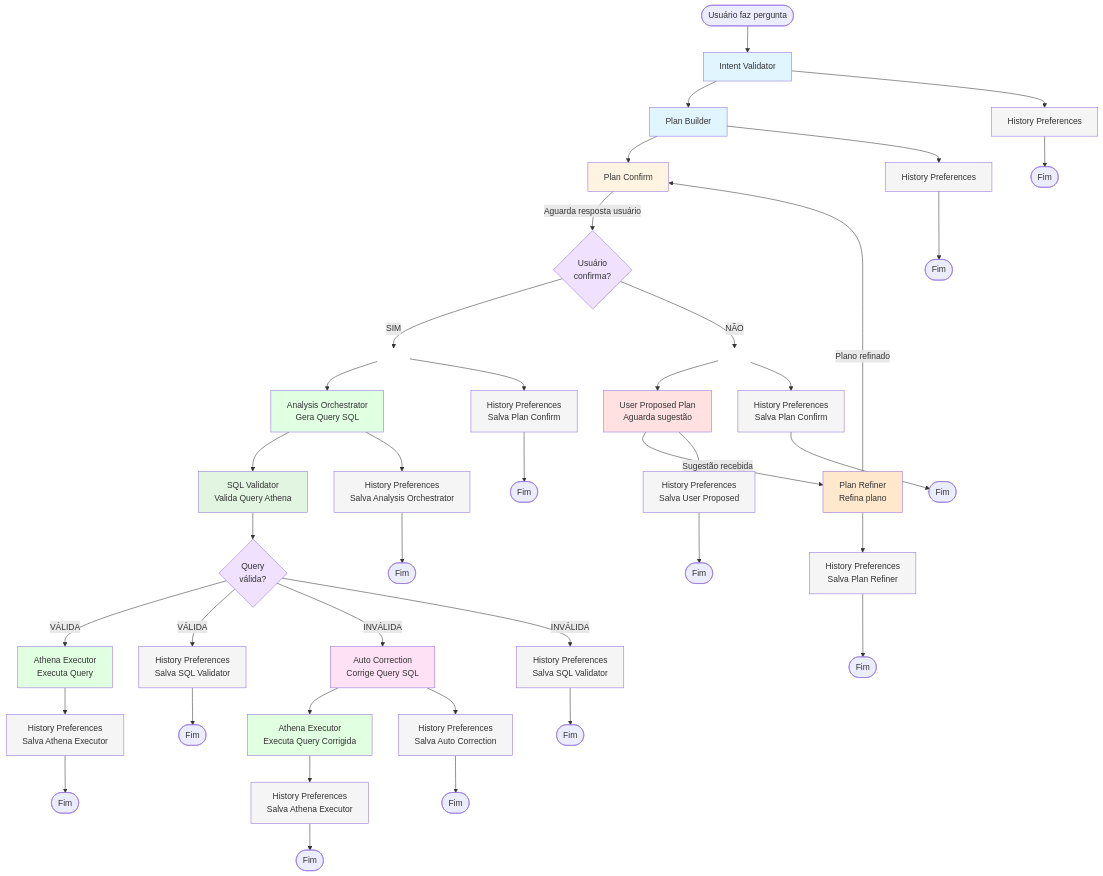
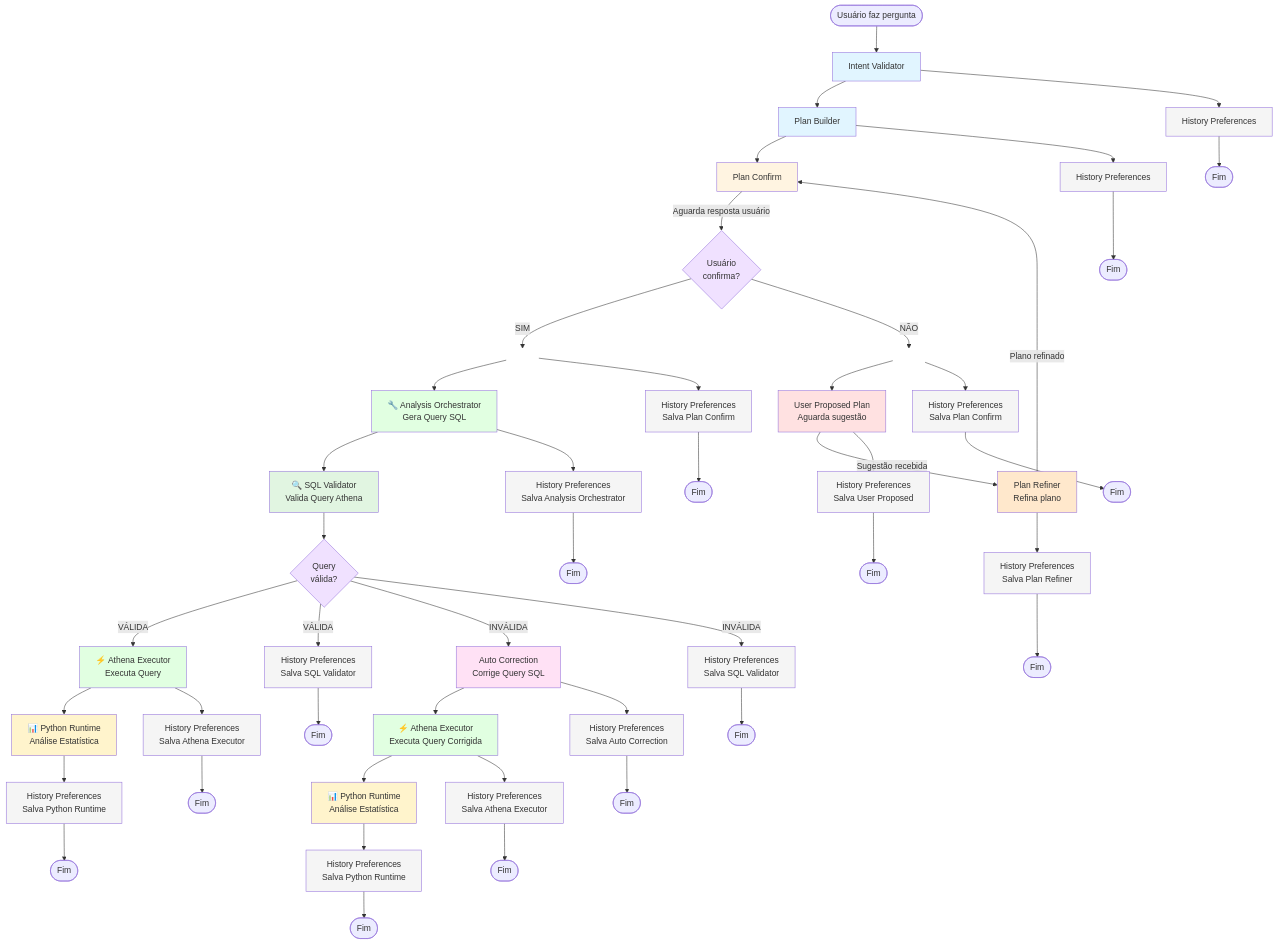
Before and after one commit to thigarciaj/ezpocket: the diagram in actual_state_solution/graph_orchestrator_flow.mmd, drawn with Mermaid. The commit also changed 8 other files, not shown here.

Commit message:
Reverted Python Runtime Agent changes

```diff
--- a/actual_state_solution/graph_orchestrator_flow.mmd
+++ b/actual_state_solution/graph_orchestrator_flow.mmd
@@ -1,89 +1,101 @@
 graph TD
     Start([Usuário faz pergunta]) --> IntentValidator[Intent Validator]
     
     IntentValidator --> PlanBuilder[Plan Builder]
     IntentValidator --> H1[History Preferences]
     
     PlanBuilder --> PlanConfirm[Plan Confirm]
     PlanBuilder --> H2[History Preferences]
     
     PlanConfirm -->|Aguarda resposta usuário| Decision{Usuário<br/>confirma?}
     
     %% Ramo SIM (apenas uma seta)
     Decision -->|SIM| Yes[  ]
-    Yes --> AnalysisOrchestrator[Analysis Orchestrator<br/>Gera Query SQL]
+    Yes --> AnalysisOrchestrator["🔧 Analysis Orchestrator<br/>Gera Query SQL"]
     Yes --> H3[History Preferences<br/>Salva Plan Confirm]
 
     %% Ramo NÃO (apenas uma seta)
     Decision -->|NÃO| No[  ]
     No --> UserProposed[User Proposed Plan<br/>Aguarda sugestão]
     No --> H4[History Preferences<br/>Salva Plan Confirm]
     
     %% Fluxo após Analysis Orchestrator: Paralelo para SQL Validator + History
-    AnalysisOrchestrator -->SQLValidator[SQL Validator<br/>Valida Query Athena]
+    AnalysisOrchestrator -->SQLValidator["🔍 SQL Validator<br/>Valida Query Athena"]
     AnalysisOrchestrator -->H5[History Preferences<br/>Salva Analysis Orchestrator]
     
     %% SQL Validator decide o fluxo baseado na validação
     SQLValidator --> ValidationDecision{Query<br/>válida?}
     
     %% Se query VÁLIDA: vai para Athena Executor + History (paralelo)
-    ValidationDecision -->|VÁLIDA| AthenaExecutor[Athena Executor<br/>Executa Query]
+    ValidationDecision -->|VÁLIDA| AthenaExecutor["⚡ Athena Executor<br/>Executa Query"]
     ValidationDecision -->|VÁLIDA| H8[History Preferences<br/>Salva SQL Validator]
     
     %% Se query INVÁLIDA: vai para AutoCorrection + History (paralelo)
     ValidationDecision -->|INVÁLIDA| AutoCorrection[Auto Correction<br/>Corrige Query SQL]
     ValidationDecision -->|INVÁLIDA| H8B[History Preferences<br/>Salva SQL Validator]
     
     %% AutoCorrection corrige e vai para Athena Executor + History (paralelo)
-    AutoCorrection --> AthenaExecutor2[Athena Executor<br/>Executa Query Corrigida]
+    AutoCorrection --> AthenaExecutor2["⚡ Athena Executor<br/>Executa Query Corrigida"]
     AutoCorrection --> H9[History Preferences<br/>Salva Auto Correction]
     
-    %% Athena Executor salva no History
+    %% Athena Executor vai para Python Runtime + History (paralelo)
+    AthenaExecutor --> PythonRuntime["📊 Python Runtime<br/>Análise Estatística"]
     AthenaExecutor --> H10[History Preferences<br/>Salva Athena Executor]
-    AthenaExecutor2 --> H11[History Preferences<br/>Salva Athena Executor]
+    AthenaExecutor2 --> PythonRuntime2["📊 Python Runtime<br/>Análise Estatística"]
+    AthenaExecutor2 --> H10B[History Preferences<br/>Salva Athena Executor]
+    
+    %% Python Runtime salva no History
+    PythonRuntime --> H11[History Preferences<br/>Salva Python Runtime]
+    PythonRuntime2 --> H12[History Preferences<br/>Salva Python Runtime]
     
     UserProposed -->|Sugestão recebida| PlanRefiner[Plan Refiner<br/>Refina plano]
     UserProposed --> H6[History Preferences<br/>Salva User Proposed]
     
     PlanRefiner -->|Plano refinado| PlanConfirm
     PlanRefiner --> H7[History Preferences<br/>Salva Plan Refiner]
     
     H1 --> End1([Fim])
     H2 --> End2([Fim])
     H3 --> End3([Fim])
     H4 --> End4([Fim])
     H5 --> End5([Fim])
     H6 --> End6([Fim])
     H7 --> End7([Fim])
     H8 --> End8([Fim])
     H8B --> End8B([Fim])
     H9 --> End9([Fim])
     H10 --> End10([Fim])
+    H10B --> End10B([Fim])
     H11 --> End11([Fim])
+    H12 --> End12([Fim])
 
     style IntentValidator fill:#e1f5ff
     style PlanBuilder fill:#e1f5ff
     style PlanConfirm fill:#fff4e1
     style AnalysisOrchestrator fill:#e1ffe1
     style SQLValidator fill:#e1f5e1
     style AutoCorrection fill:#ffe1f5
     style UserProposed fill:#ffe1e1
     style PlanRefiner fill:#ffe8cc
     style Decision fill:#f0e1ff
     style ValidationDecision fill:#f0e1ff
     style Yes fill:#ffffff,stroke:#ffffff
     style No fill:#ffffff,stroke:#ffffff
     style H1 fill:#f5f5f5
     style H2 fill:#f5f5f5
     style H3 fill:#f5f5f5
     style H4 fill:#f5f5f5
     style H5 fill:#f5f5f5
     style H6 fill:#f5f5f5
     style H7 fill:#f5f5f5
     style H8 fill:#f5f5f5
     style H8B fill:#f5f5f5
     style H9 fill:#f5f5f5
     style H10 fill:#f5f5f5
+    style H10B fill:#f5f5f5
     style H11 fill:#f5f5f5
+    style H12 fill:#f5f5f5
     style AthenaExecutor fill:#e1ffe1
     style AthenaExecutor2 fill:#e1ffe1
+    style PythonRuntime fill:#fff4cc
+    style PythonRuntime2 fill:#fff4cc
```
